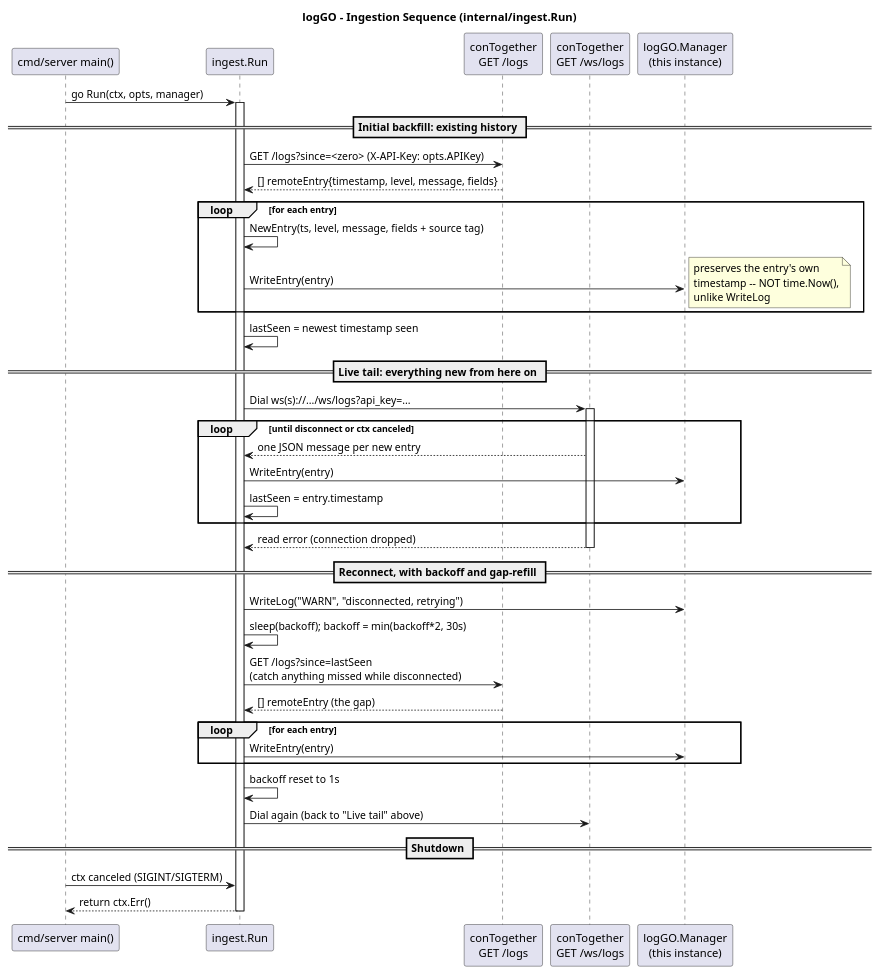
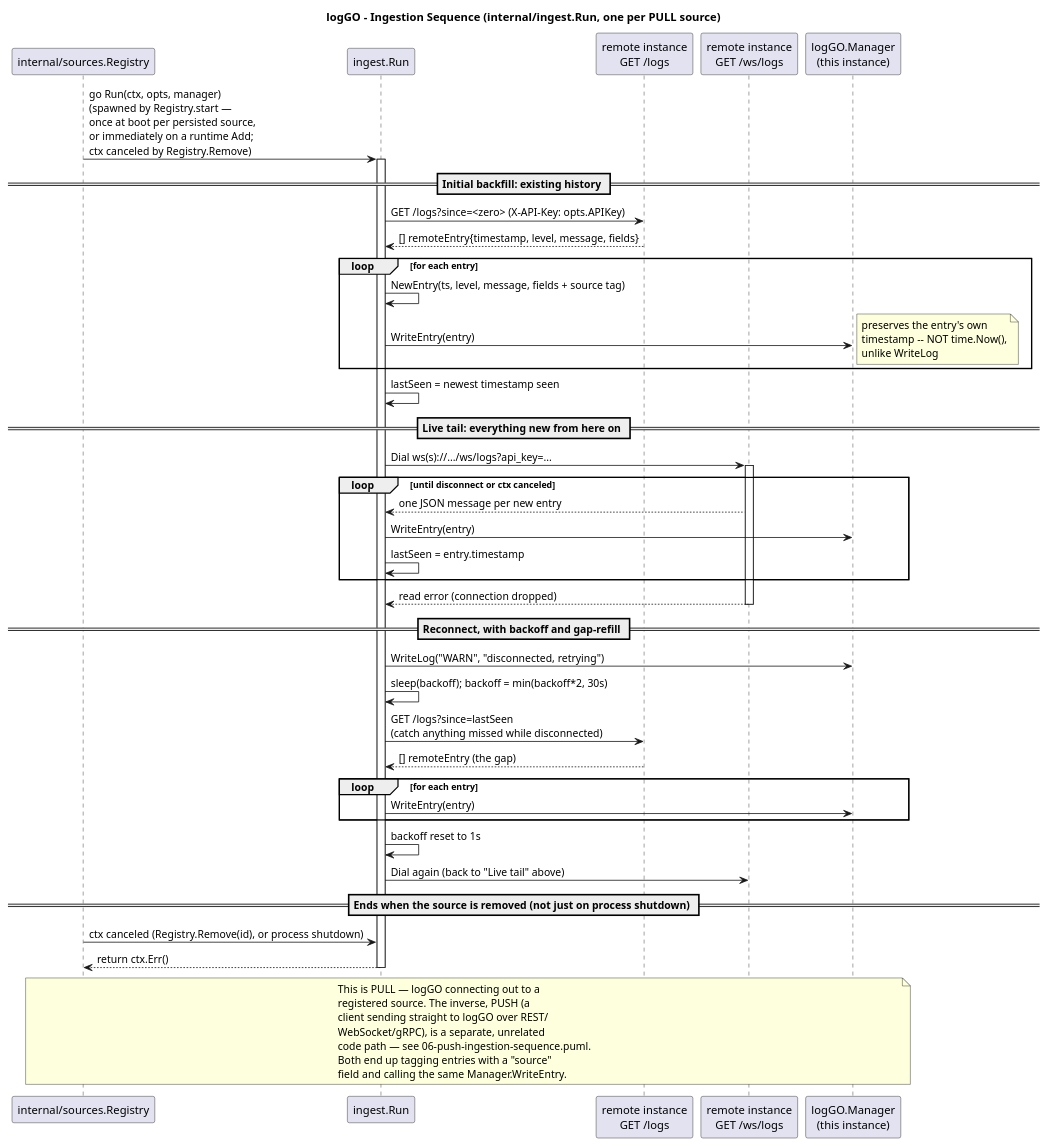
One commit to ttfancy/logGO changed the diagram in docs/diagrams/05-ingestion-sequence.puml. Above: the diagram before and after it, drawn with PlantUML. The commit also changed 6 other files, not shown here.

First line of the commit message:
Bring diagrams and README back in sync with the code

```diff
--- a/docs/diagrams/05-ingestion-sequence.puml
+++ b/docs/diagrams/05-ingestion-sequence.puml
@@ -1,50 +1,60 @@
 @startuml
-title logGO - Ingestion Sequence (internal/ingest.Run)
+title logGO - Ingestion Sequence (internal/ingest.Run, one per PULL source)
 
-participant "cmd/server main()" as Main
+participant "internal/sources.Registry" as Registry
 participant "ingest.Run" as Run
-participant "conTogether\nGET /logs" as REST
-participant "conTogether\nGET /ws/logs" as WS
+participant "remote instance\nGET /logs" as REST
+participant "remote instance\nGET /ws/logs" as WS
 participant "logGO.Manager\n(this instance)" as Manager
 
-Main -> Run: go Run(ctx, opts, manager)
+Registry -> Run: go Run(ctx, opts, manager)\n(spawned by Registry.start —\nonce at boot per persisted source,\nor immediately on a runtime Add;\nctx canceled by Registry.Remove)
 activate Run
 
 == Initial backfill: existing history ==
 Run -> REST: GET /logs?since=<zero> (X-API-Key: opts.APIKey)
 REST --> Run: [] remoteEntry{timestamp, level, message, fields}
 loop for each entry
   Run -> Run: NewEntry(ts, level, message, fields + source tag)
   Run -> Manager: WriteEntry(entry)
   note right: preserves the entry's own\ntimestamp -- NOT time.Now(),\nunlike WriteLog
 end
 Run -> Run: lastSeen = newest timestamp seen
 
 == Live tail: everything new from here on ==
 Run -> WS: Dial ws(s)://.../ws/logs?api_key=...
 activate WS
 loop until disconnect or ctx canceled
   WS --> Run: one JSON message per new entry
   Run -> Manager: WriteEntry(entry)
   Run -> Run: lastSeen = entry.timestamp
 end
 WS --> Run: read error (connection dropped)
 deactivate WS
 
 == Reconnect, with backoff and gap-refill ==
 Run -> Manager: WriteLog("WARN", "disconnected, retrying")
 Run -> Run: sleep(backoff); backoff = min(backoff*2, 30s)
 Run -> REST: GET /logs?since=lastSeen\n(catch anything missed while disconnected)
 REST --> Run: [] remoteEntry (the gap)
 loop for each entry
   Run -> Manager: WriteEntry(entry)
 end
 Run -> Run: backoff reset to 1s
 Run -> WS: Dial again (back to "Live tail" above)
 
-== Shutdown ==
-Main -> Run: ctx canceled (SIGINT/SIGTERM)
-Run --> Main: return ctx.Err()
+== Ends when the source is removed (not just on process shutdown) ==
+Registry -> Run: ctx canceled (Registry.Remove(id), or process shutdown)
+Run --> Registry: return ctx.Err()
 deactivate Run
 
+note over Registry, Manager
+  This is PULL — logGO connecting out to a
+  registered source. The inverse, PUSH (a
+  client sending straight to logGO over REST/
+  WebSocket/gRPC), is a separate, unrelated
+  code path — see 06-push-ingestion-sequence.puml.
+  Both end up tagging entries with a "source"
+  field and calling the same Manager.WriteEntry.
+end note
+
 @enduml
```
